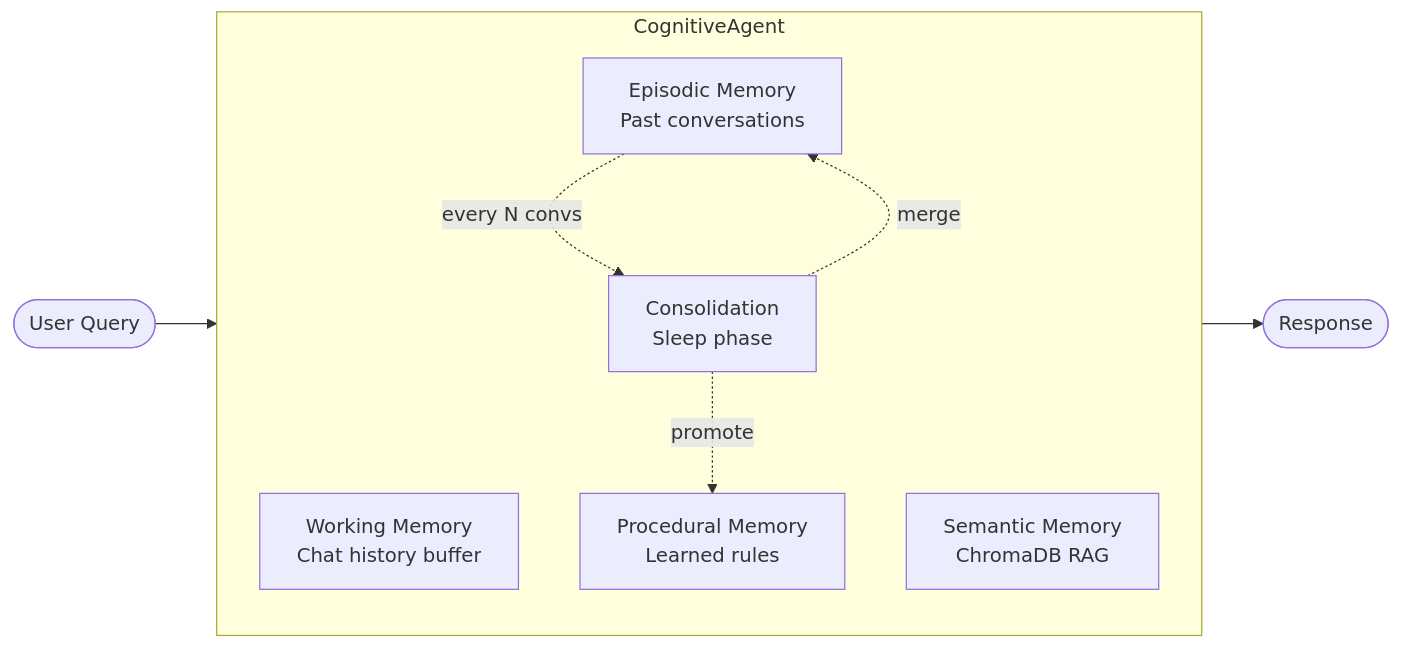
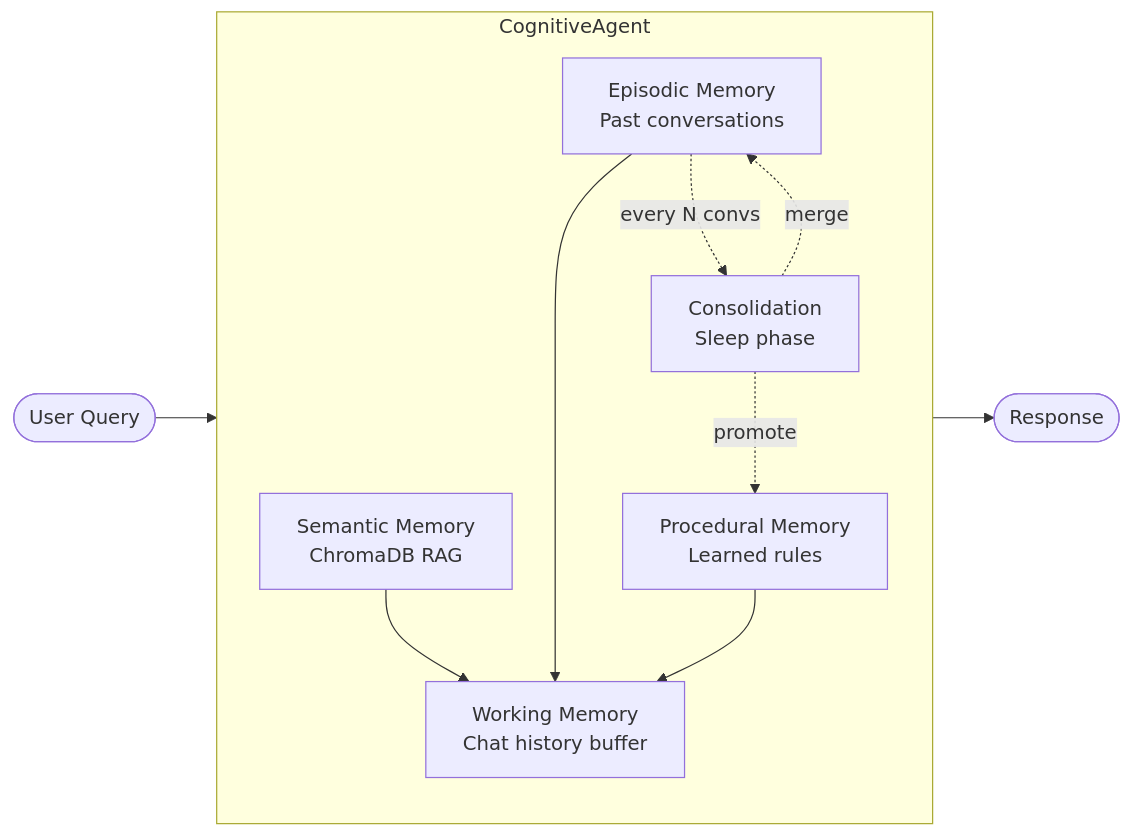
The first of 4 diagrams in ARCHITECTURE.md (apattichis/cognitive-memory-agent), drawn with Mermaid before and after one commit. The commit also changed 1 other file, not shown here.

Commit message:
docs: connect all nodes in high-level flow diagram

````diff
--- a/ARCHITECTURE.md
+++ b/ARCHITECTURE.md
@@ -7,19 +7,19 @@
 ```mermaid
 flowchart LR
-    User([User Query]) --> WM
+    User([User Query]) --> Agent
 
     subgraph Agent[CognitiveAgent]
         direction TB
         WM[Working Memory<br/>Chat history buffer]
-        SM[Semantic Memory<br/>ChromaDB RAG]
-        EM[Episodic Memory<br/>Past conversations]
-        PM[Procedural Memory<br/>Learned rules]
+        SM[Semantic Memory<br/>ChromaDB RAG] --> WM
+        EM[Episodic Memory<br/>Past conversations] --> WM
+        PM[Procedural Memory<br/>Learned rules] --> WM
         CON[Consolidation<br/>Sleep phase]
     end
 
-    WM --> Response([Response])
+    Agent --> Response([Response])
 
     EM -.->|every N convs| CON
     CON -.->|merge| EM
     CON -.->|promote| PM
 ```
````
